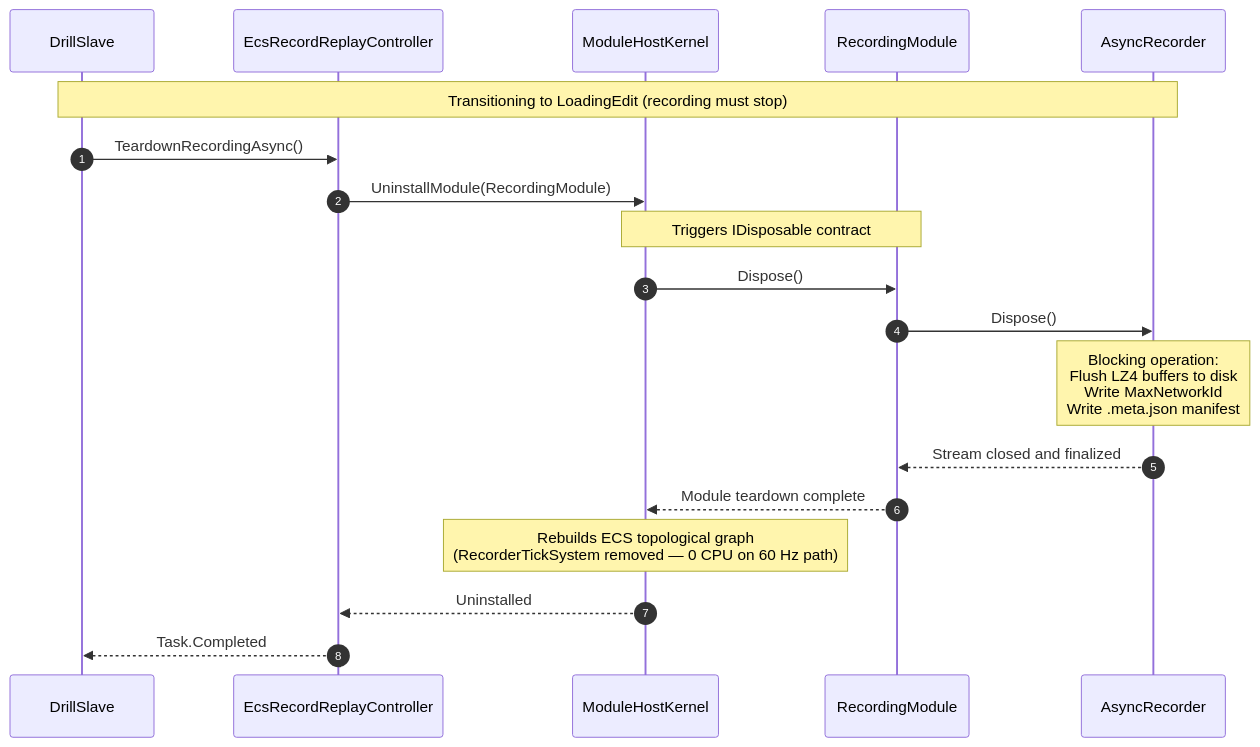
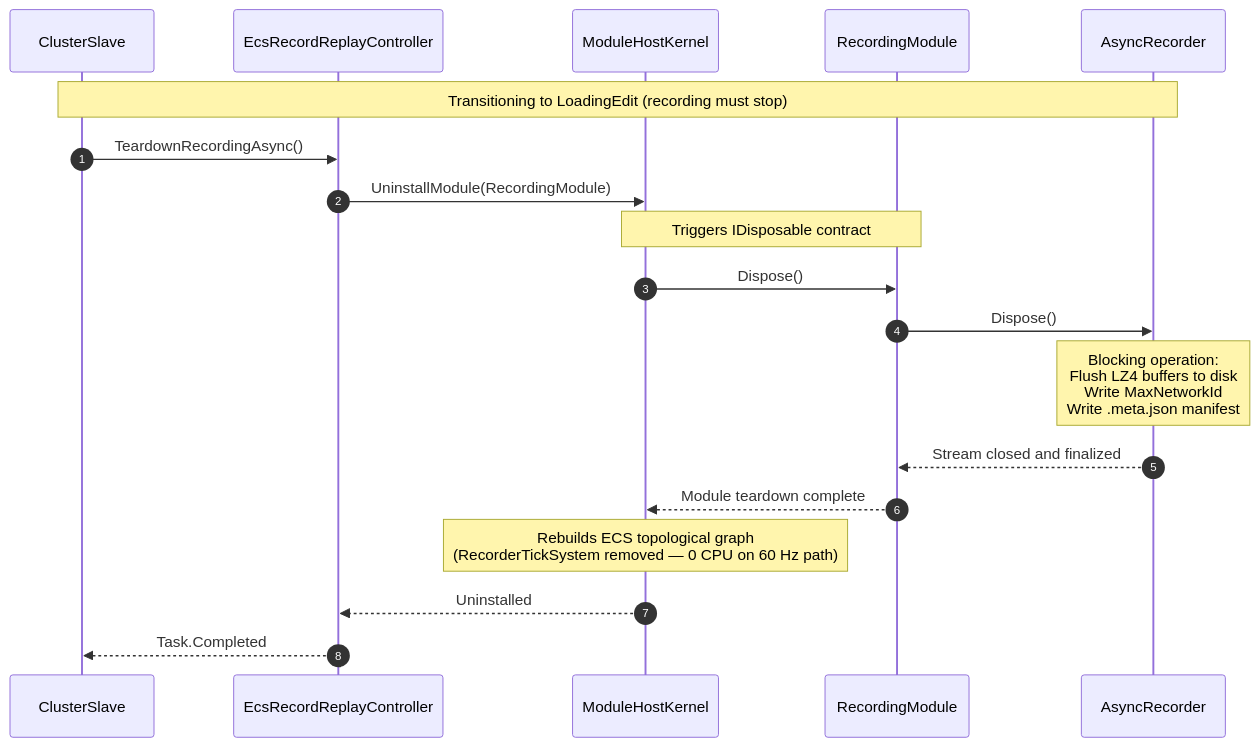
Before and after one commit to pjanec/HROT: the seventh of 11 diagrams in .dev/cgf-1/mgmt-DESIGN.md, drawn with Mermaid. The commit also changed other lines of this file and 1539 other files, not shown here.

````diff
--- a/.dev/cgf-1/mgmt-DESIGN.md
+++ b/.dev/cgf-1/mgmt-DESIGN.md
@@ -2045,26 +2045,26 @@
 ```mermaid
 sequenceDiagram
     autonumber
-    participant SSM as DrillSlave
+    participant SSM as ClusterSlave
     participant ERC as EcsRecordReplayController
     participant MHK as ModuleHostKernel
     participant RM as RecordingModule
     participant AR as AsyncRecorder
 
     Note over SSM, AR: Transitioning to LoadingEdit (recording must stop)
 
     SSM->>ERC: TeardownRecordingAsync()
     ERC->>MHK: UninstallModule(RecordingModule)
 
     Note over MHK,RM: Triggers IDisposable contract
     MHK->>RM: Dispose()
     RM->>AR: Dispose()
 
     Note over AR: Blocking operation:<br/>Flush LZ4 buffers to disk<br/>Write MaxNetworkId<br/>Write .meta.json manifest
     AR-->>RM: Stream closed and finalized
     RM-->>MHK: Module teardown complete
 
     Note over MHK: Rebuilds ECS topological graph<br/>(RecorderTickSystem removed — 0 CPU on 60 Hz path)
     MHK-->>ERC: Uninstalled
     ERC-->>SSM: Task.Completed
 ```
````
